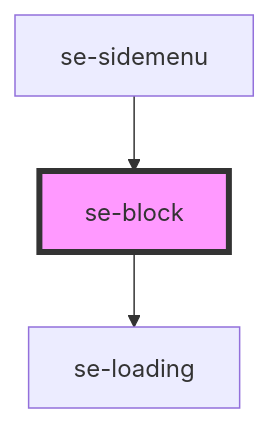
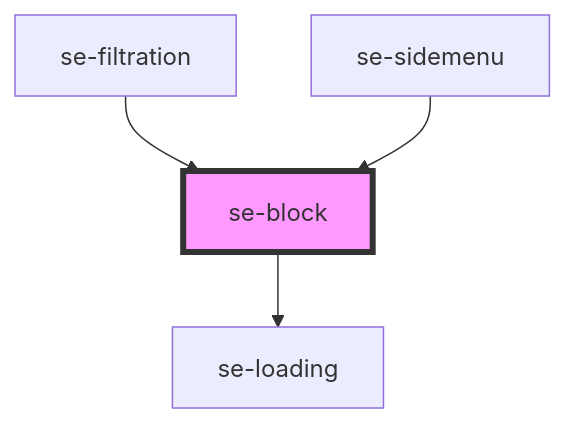
The diagram in libs/core/src/components/block/readme.md (robbiemcmullense/se-web-ui), drawn with Mermaid before and after one commit. The commit also changed other lines of this file and 11 other files, not shown here.

````diff
--- a/libs/core/src/components/block/readme.md
+++ b/libs/core/src/components/block/readme.md
@@ -37,6 +38,7 @@
 ```mermaid
 graph TD;
   se-block --> se-loading
+  se-filtration --> se-block
   se-sidemenu --> se-block
   style se-block fill:#f9f,stroke:#333,stroke-width:4px
 ```
````
